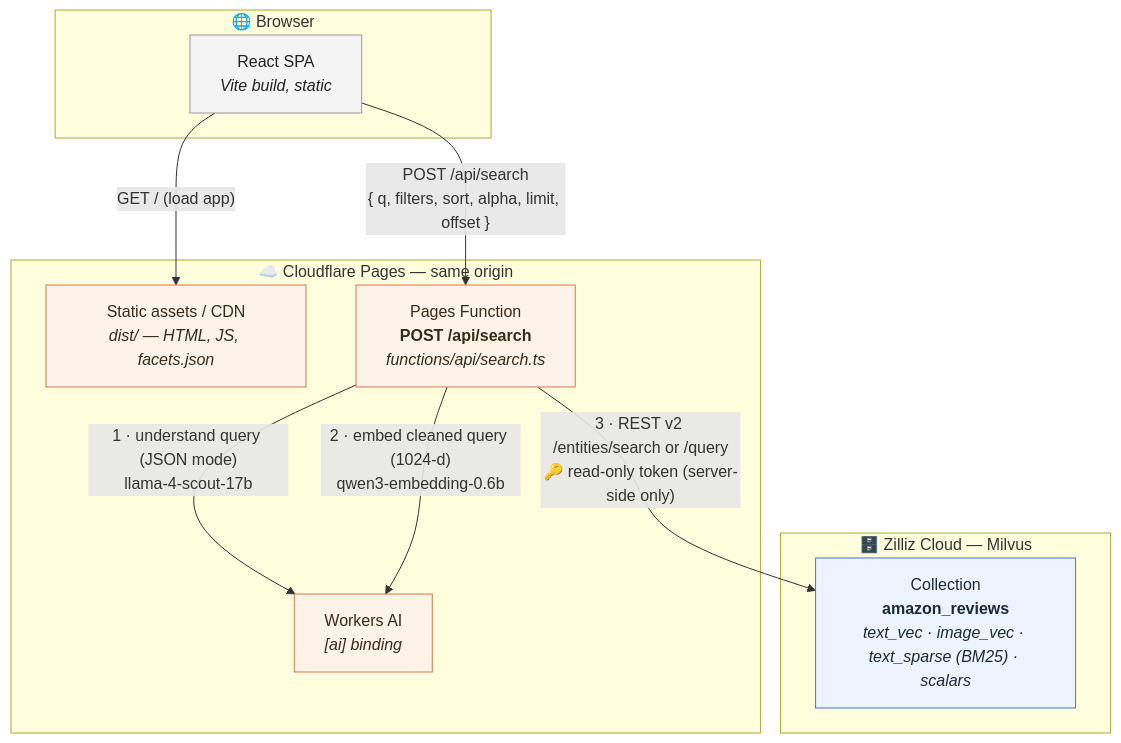
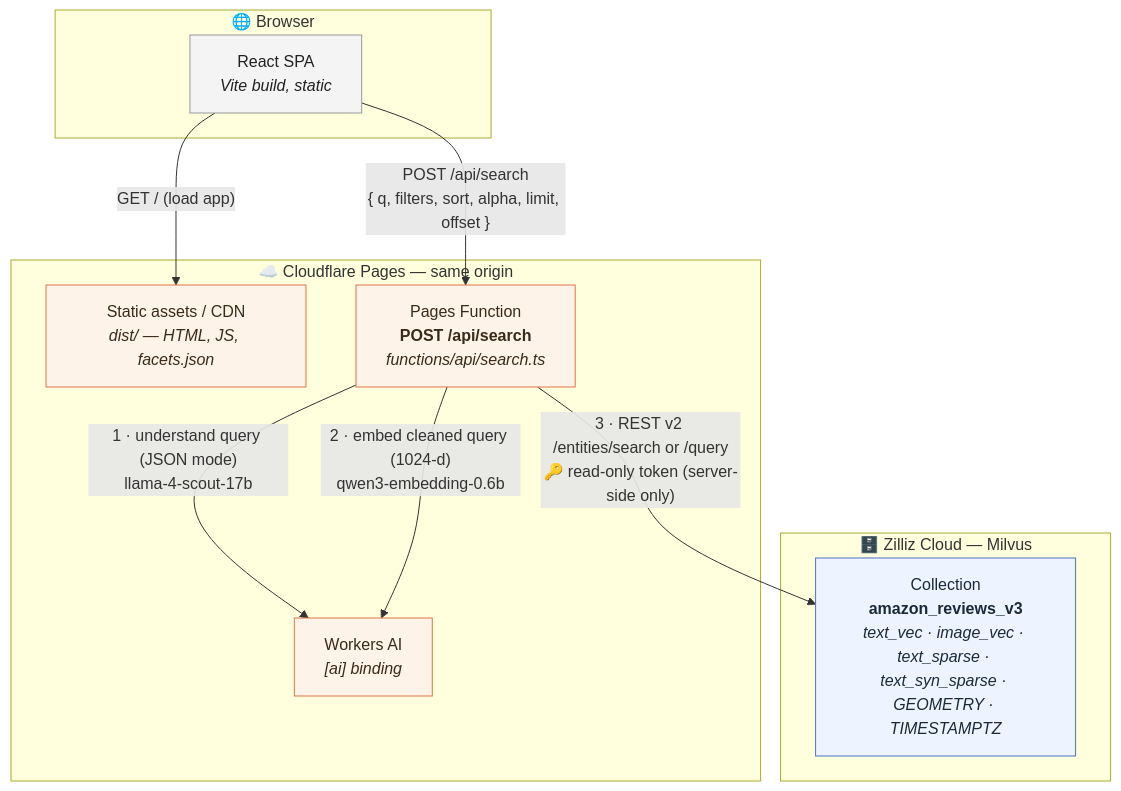
Before and after one commit to simonhearne/vectordb-ecom-search-demo: the first of 2 diagrams in README.md, drawn with Mermaid. The commit also changed other lines of this file and 3 other files, not shown here.

````diff
--- a/README.md
+++ b/README.md
@@ -20,29 +20,29 @@
 ```mermaid
 flowchart TB
     subgraph browser["🌐 Browser"]
         spa["React SPA<br/><i>Vite build, static</i>"]
     end
 
     subgraph cf["☁️ Cloudflare Pages — same origin"]
         assets["Static assets / CDN<br/><i>dist/ — HTML, JS, facets.json</i>"]
         fn["Pages Function<br/><b>POST /api/search</b><br/><i>functions/api/search.ts</i>"]
         ai["Workers AI<br/><i>[ai] binding</i>"]
     end
 
     subgraph zilliz["🗄️ Zilliz Cloud — Milvus"]
-        coll["Collection<br/><b>amazon_reviews</b><br/><i>text_vec · image_vec · text_sparse (BM25) · scalars</i>"]
+        coll["Collection<br/><b>amazon_reviews_v3</b><br/><i>text_vec · image_vec · text_sparse · text_syn_sparse · GEOMETRY · TIMESTAMPTZ</i>"]
     end
 
     spa -- "GET / (load app)" --> assets
     spa -- "POST /api/search<br/>{ q, filters, sort, alpha, limit, offset }" --> fn
     fn -- "1 · understand query (JSON mode)<br/>llama-4-scout-17b" --> ai
     fn -- "2 · embed cleaned query (1024-d)<br/>qwen3-embedding-0.6b" --> ai
     fn -- "3 · REST v2 /entities/search or /query<br/>🔑 read-only token (server-side only)" --> coll
 
     classDef edge fill:#fef3e8,stroke:#d97746,color:#3a2a1a;
     classDef db fill:#eef4ff,stroke:#4a72c4,color:#1a2a3a;
     classDef client fill:#f4f4f4,stroke:#999,color:#222;
     class assets,fn,ai edge;
     class coll db;
     class spa client;
 ```
````
